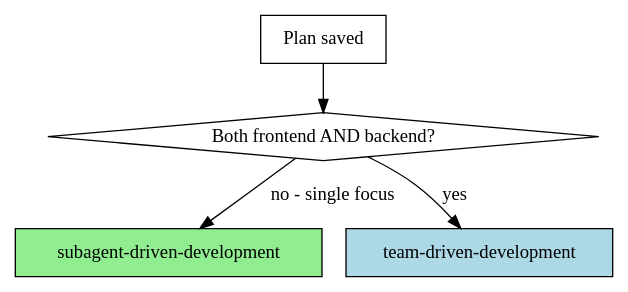
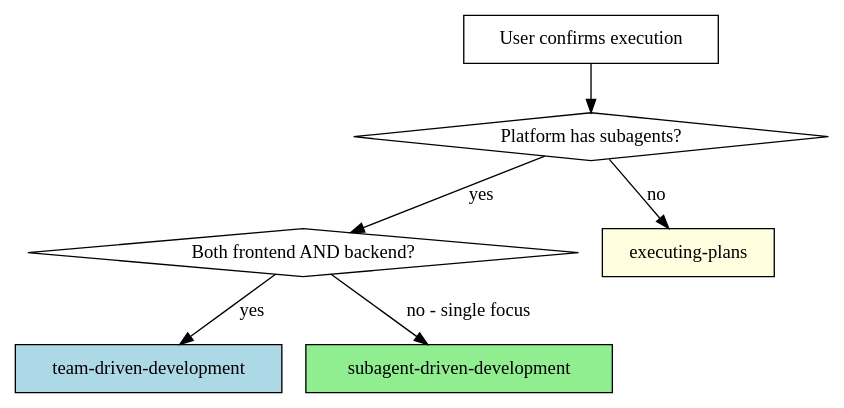
The diagram in skills/writing-plans/SKILL.md (changanx/xo1997-dev), drawn with Graphviz before and after one commit. The commit also changed other lines of this file and 3 other files, not shown here.

````diff
--- a/skills/writing-plans/SKILL.md
+++ b/skills/writing-plans/SKILL.md
@@ -352,12 +368,16 @@
 ```dot
 digraph execution_mode {
-    "Plan saved" [shape=box];
+    "User confirms execution" [shape=box];
+    "Platform has subagents?" [shape=diamond];
     "Both frontend AND backend?" [shape=diamond];
+    "team-driven-development" [shape=box style=filled fillcolor=lightblue];
     "subagent-driven-development" [shape=box style=filled fillcolor=lightgreen];
-    "team-driven-development" [shape=box style=filled fillcolor=lightblue];
+    "executing-plans" [shape=box style=filled fillcolor=lightyellow];
 
-    "Plan saved" -> "Both frontend AND backend?";
+    "User confirms execution" -> "Platform has subagents?";
+    "Platform has subagents?" -> "Both frontend AND backend?" [label="yes"];
+    "Platform has subagents?" -> "executing-plans" [label="no"];
     "Both frontend AND backend?" -> "team-driven-development" [label="yes"];
     "Both frontend AND backend?" -> "subagent-driven-development" [label="no - single focus"];
 }
 ```
````
